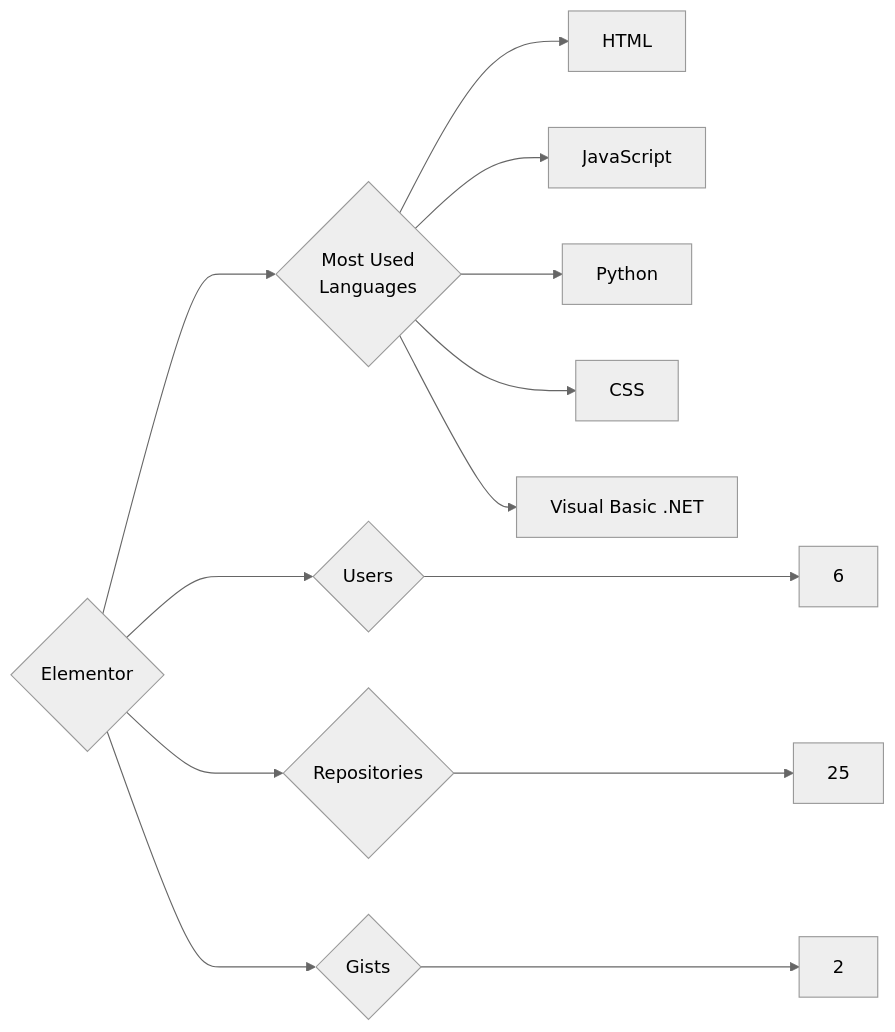
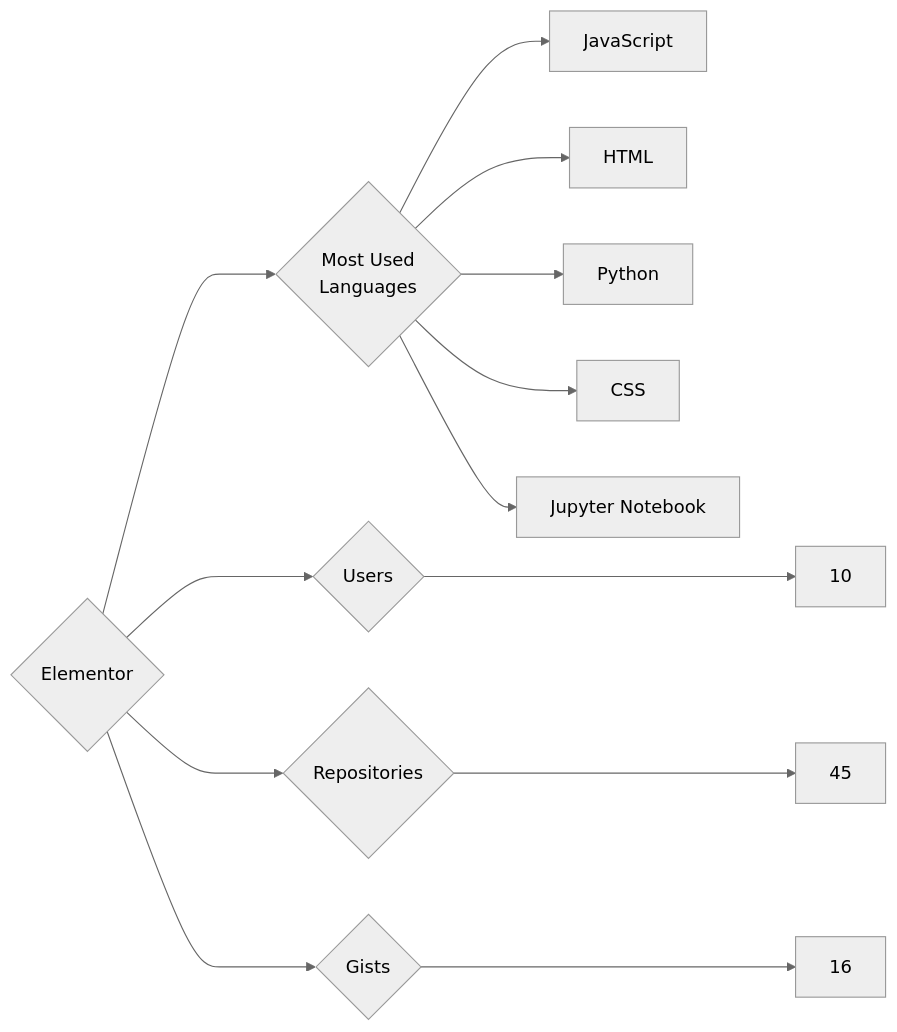
The diagram in targets/Elementor/README.md (trickest/insiders), drawn with Mermaid (neutral theme) before and after one commit. The commit also changed 1084 other files, not shown here.

````diff
--- a/targets/Elementor/README.md
+++ b/targets/Elementor/README.md
@@ -3,13 +3,13 @@
 ```mermaid
 graph LR
 COMPANY_NAME{Elementor}
-COMPANY_NAME ---> U{Users} ---> UN[6]
-COMPANY_NAME ---> R{Repositories} ---> RN[25]
-COMPANY_NAME ---> G{Gists} ---> GN[2]
+COMPANY_NAME ---> U{Users} ---> UN[10]
+COMPANY_NAME ---> R{Repositories} ---> RN[45]
+COMPANY_NAME ---> G{Gists} ---> GN[16]
 COMPANY_NAME ---> ML{Most Used<br>Languages}
+ML --> JavaScript[JavaScript]
 ML --> HTML[HTML]
-ML --> JavaScript[JavaScript]
 ML --> Python[Python]
 ML --> CSS[CSS]
-ML --> Visual_Basic_.NET[Visual Basic .NET]
+ML --> Jupyter_Notebook[Jupyter Notebook]
 ```
````
